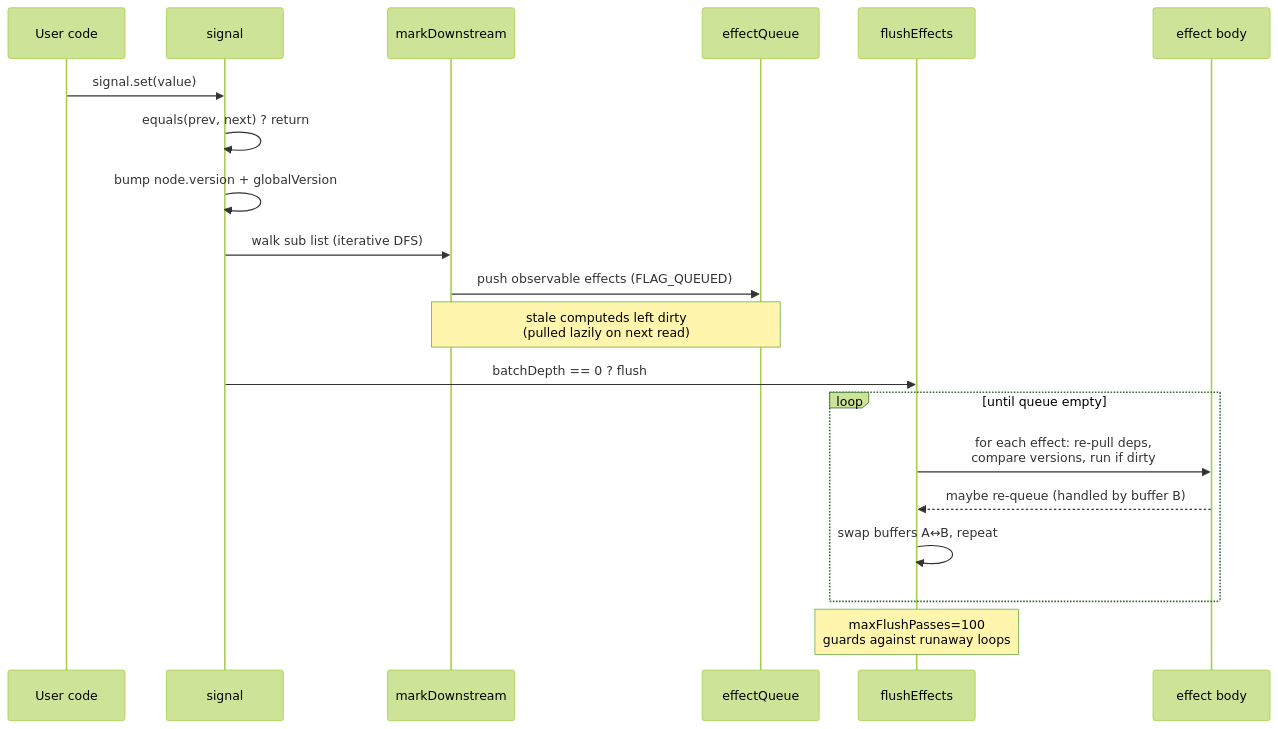
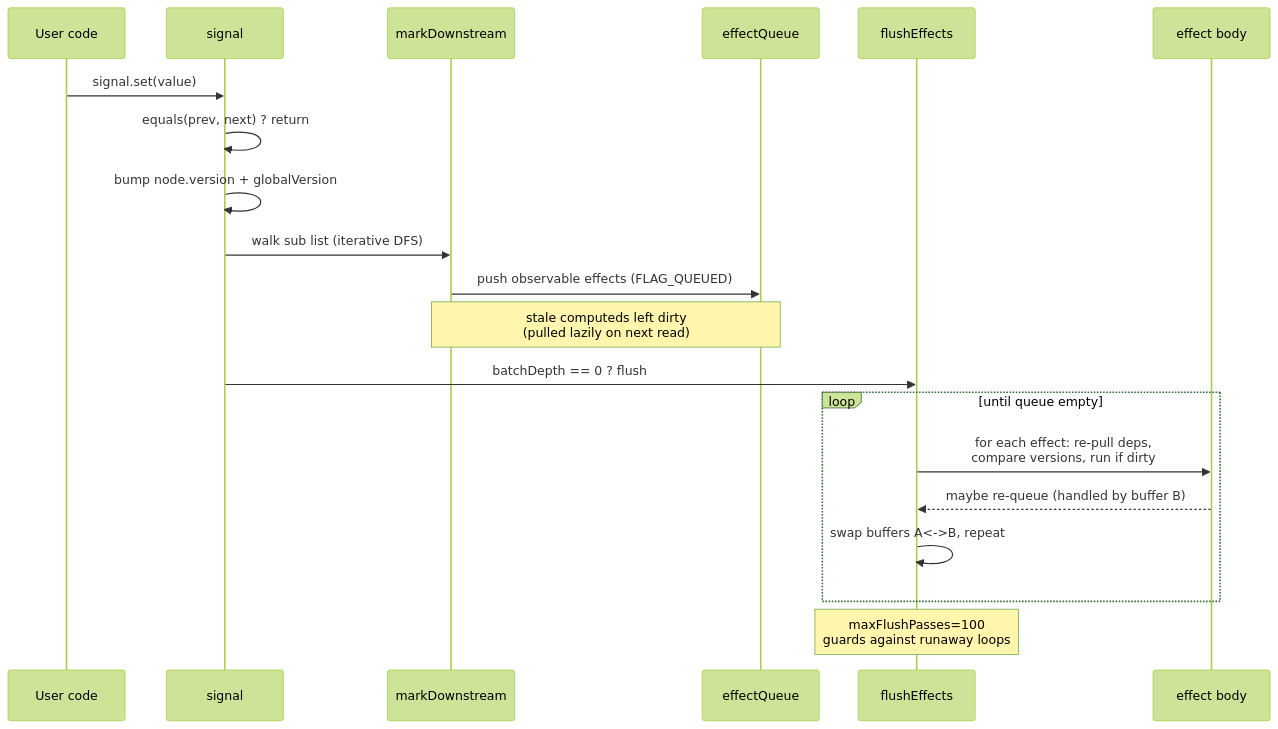
Before and after one commit to PeshoVurtoleta/lite-signal: the third of 4 diagrams in README.md, drawn with Mermaid (forest theme). The commit also changed other lines of this file, not shown here.

````diff
--- a/README.md
+++ b/README.md
@@ -183,23 +183,23 @@
 ```mermaid
 sequenceDiagram
   participant U as User code
   participant S as signal
   participant Mark as markDownstream
   participant Q as effectQueue
   participant Flush as flushEffects
   participant Eff as effect body
 
   U->>S: signal.set(value)
   S->>S: equals(prev, next) ? return
   S->>S: bump node.version + globalVersion
   S->>Mark: walk sub list (iterative DFS)
   Mark->>Q: push observable effects (FLAG_QUEUED)
   Note over Mark,Q: stale computeds left dirty<br/>(pulled lazily on next read)
   S->>Flush: batchDepth == 0 ? flush
   loop until queue empty
     Flush->>Eff: for each effect: re-pull deps,<br/>compare versions, run if dirty
     Eff-->>Flush: maybe re-queue (handled by buffer B)
-    Flush->>Flush: swap buffers A↔B, repeat
+    Flush->>Flush: swap buffers A<->B, repeat
   end
   Note over Flush: maxFlushPasses=100<br/>guards against runaway loops
 ```
````
